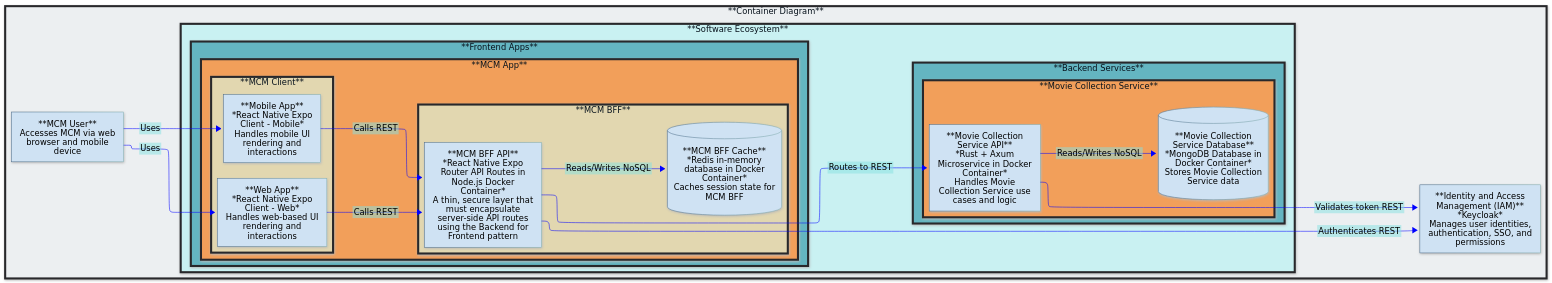
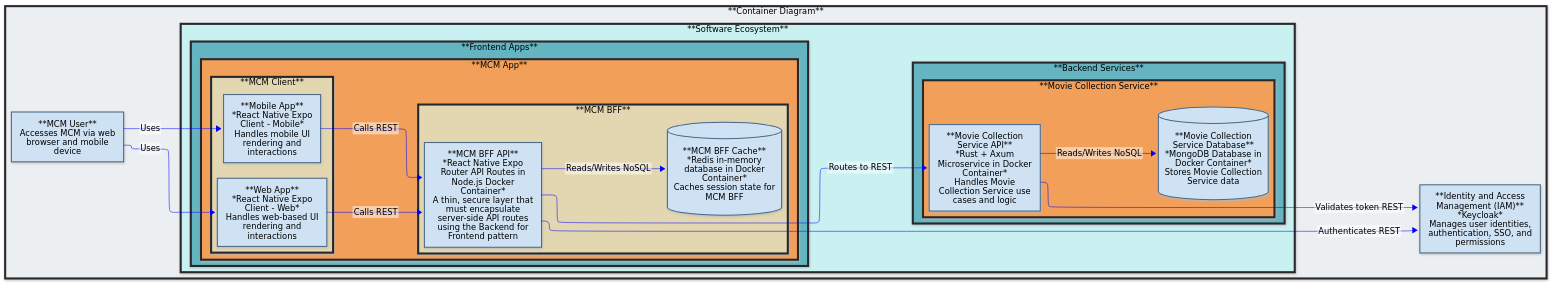
One commit to jumbleknot/MovieCollectionManager changed the first of 2 diagrams in docs/MCM-Architecture.md. Above: the diagram before and after it, drawn with Mermaid. The commit also changed other lines of this file, not shown here.

````diff
--- a/docs/MCM-Architecture.md
+++ b/docs/MCM-Architecture.md
@@ -68,70 +68,76 @@
 ```mermaid
 ---
 config:
   layout: elk
   theme: base
   themeVariables:
     primaryColor: '#cfe2f3'
-    primaryTextColor: '#000'
+    primaryTextColor: '#000000'
     primaryBorderColor: '#4a6a88'
     lineColor: '#0000ff'
     secondaryColor: '#85e2e2'
+    edgeLabelBackground: '#ffffff'
+    tertiaryTextColor: '#000000'
   look: neo
   htmlLabels: false
 ---
 graph LR
-  classDef style_background fill:#ECEFF1,stroke:#28282B,stroke-width:4px;
-  classDef style_sub1 fill:#C9F1F2,stroke:#28282B,stroke-width:4px;
-  classDef style_sub2 fill:#64B5C1,stroke:#28282B,stroke-width:4px;
-  classDef style_sub3 fill:#F29F5A,stroke:#28282B,stroke-width:4px;
-  classDef style_sub4 fill:#E2D7B0,stroke:#28282B,stroke-width:4px;
+  classDef style_background fill:#ECEFF1,stroke:#28282B,stroke-width:4px,color:#000000;
+  classDef style_sub1 fill:#C9F1F2,stroke:#28282B,stroke-width:4px,color:#000000;
+  classDef style_sub2 fill:#64B5C1,stroke:#28282B,stroke-width:4px,color:#000000;
+  classDef style_sub3 fill:#F29F5A,stroke:#28282B,stroke-width:4px,color:#000000;
+  classDef style_sub4 fill:#E2D7B0,stroke:#28282B,stroke-width:4px,color:#000000;
+  classDef style_node fill:#cfe2f3,stroke:#4a6a88,stroke-width:2px,color:#000000;
 
   subgraph c4_container_diagram["**Container Diagram**"]
     mcm_user["**MCM User**<br/>Accesses MCM via web browser and mobile device"]
     
     subgraph software_ecosystem["**Software Ecosystem**"]
         subgraph frontend["**Frontend Apps**"]
             subgraph mcm_app["**MCM App**"]
                 subgraph mcm_client["**MCM Client**"]
                     mcm_web["**Web App**<br/>*React Native Expo Client - Web*<br/>Handles web-based UI rendering and interactions"]
                     mcm_mobile["**Mobile App**<br/>*React Native Expo Client - Mobile*<br/>Handles mobile UI rendering and interactions"]
                 end
                 subgraph mcm_bff["**MCM BFF**"]
                     mcm_bff_api["**MCM BFF API**<br/>*React Native Expo Router API Routes in Node.js Docker Container*<br/>A thin, secure layer that must encapsulate server-side API routes using the Backend for Frontend pattern"]
                     mcm_bff_cache[("**MCM BFF Cache**<br/>*Redis in-memory database in Docker Container*<br/>Caches session state for MCM BFF")]
                 end
             end
         end
         
         subgraph backend["**Backend Services**"]
             subgraph mc_service["**Movie Collection Service**"]
                 mc_service_api["**Movie Collection Service API**<br/>*Rust + Axum Microservice in Docker Container*<br/>Handles Movie Collection Service use cases and logic"]
                 mc_service_db[("**Movie Collection Service Database**<br/>*MongoDB Database in Docker Container*<br/>Stores Movie Collection Service data")]
             end
         end
     end
     
     keycloak["**Identity and Access Management (IAM)**<br/>*Keycloak*<br/>Manages user identities, authentication, SSO, and permissions"]
     
     mcm_user -->|Uses| mcm_web
     mcm_user -->|Uses| mcm_mobile
     
     mcm_web -->|Calls REST| mcm_bff_api
     mcm_mobile -->|Calls REST| mcm_bff_api
     
     mcm_bff_api -->|Reads/Writes NoSQL| mcm_bff_cache
     
     mcm_bff_api -->|Routes to REST| mc_service_api
     
     mc_service_api -->|Reads/Writes NoSQL| mc_service_db
     
     mcm_bff_api -->|Authenticates REST| keycloak
     mc_service_api -->|Validates token REST| keycloak
   end
 
   class c4_container_diagram style_background;
   class software_ecosystem style_sub1;
   class frontend,backend style_sub2;
   class mcm_app,mc_service style_sub3;
   class mcm_client,mcm_bff style_sub4;
+  class mcm_user,mcm_web,mcm_mobile,mcm_bff_api,mcm_bff_cache,mc_service_api,mc_service_db,keycloak style_node;
+
+  linkStyle default stroke:blue,color:black;
 ```
````
